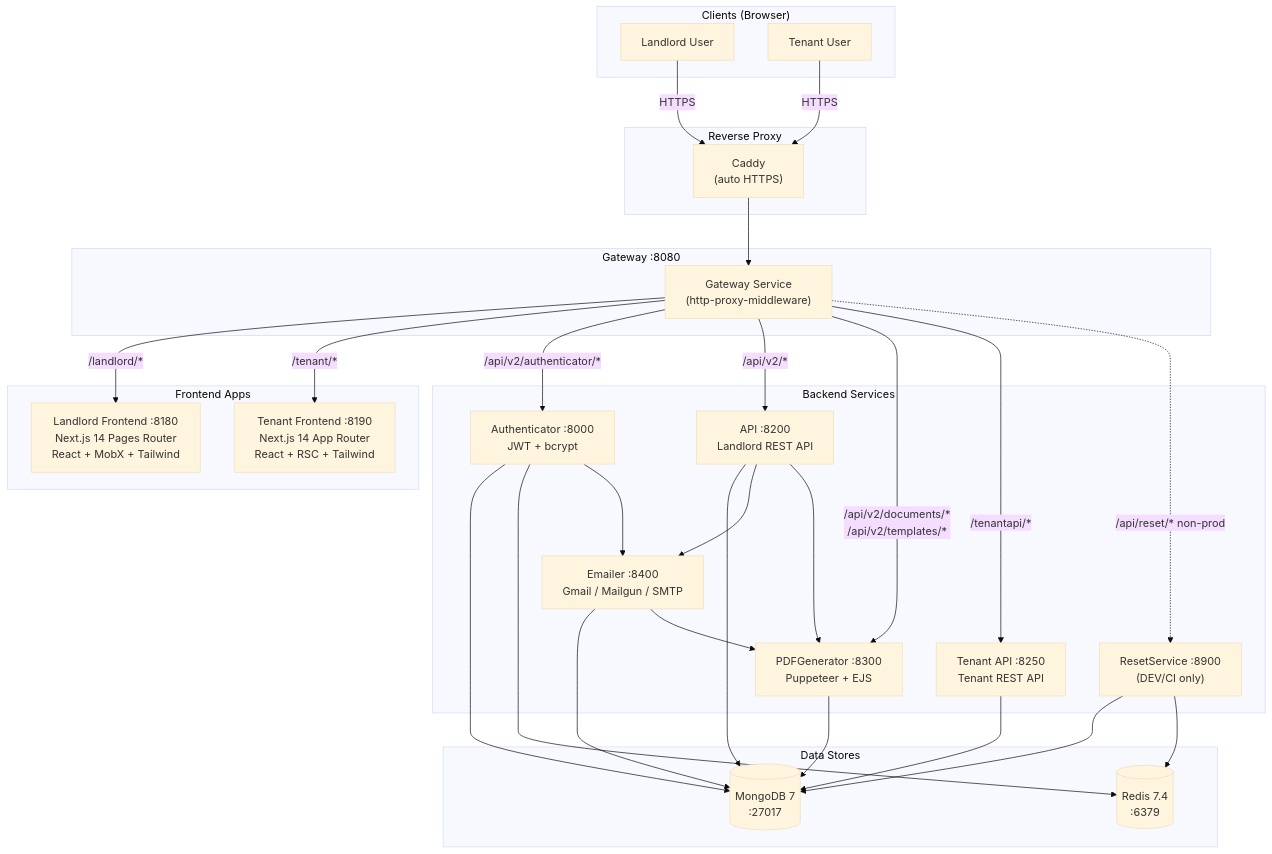
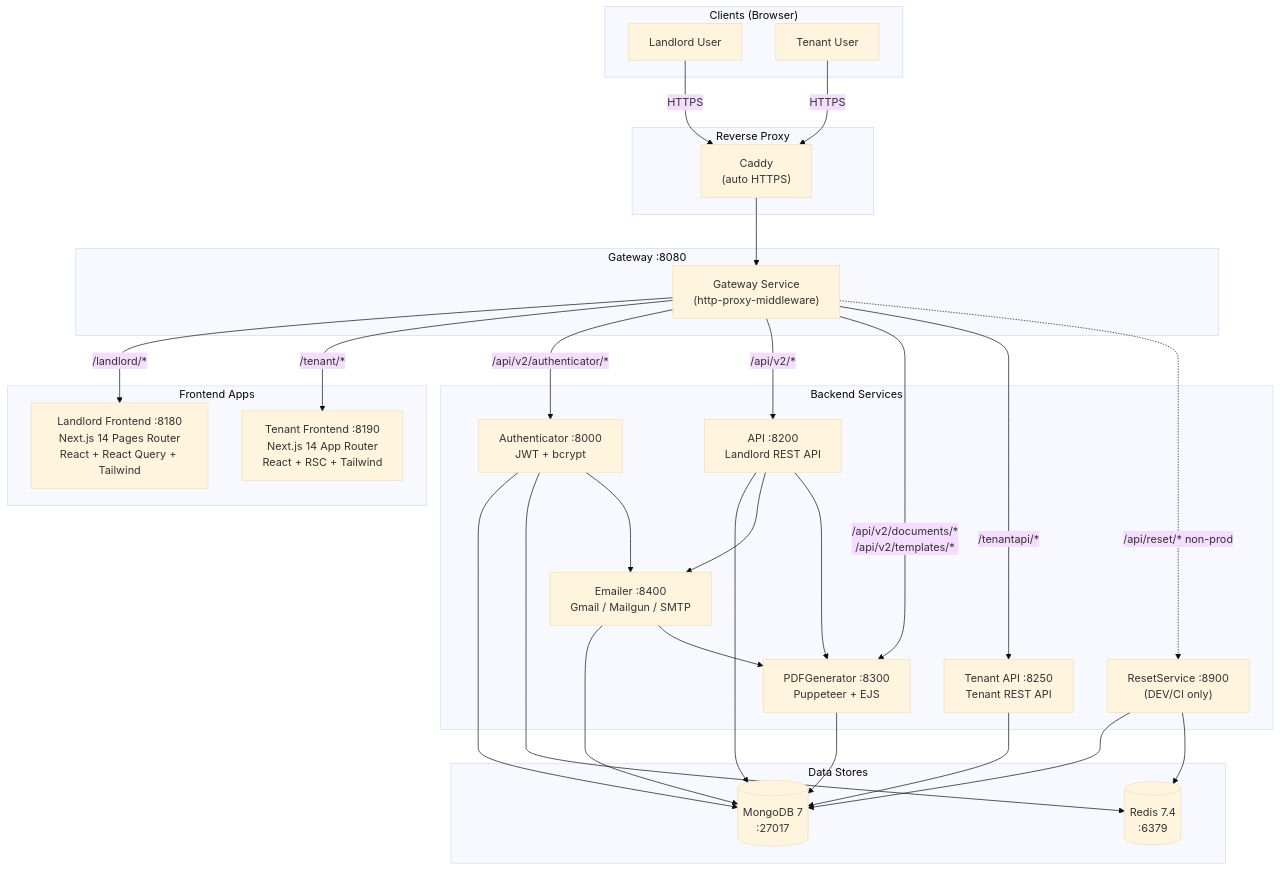
The first of 6 diagrams in .kiro/steering/architecture-diagrams.md (directorscut82/microrealestate), drawn with Mermaid (base theme) before and after one commit. The commit also changed 153 other files, not shown here.

````diff
--- a/.kiro/steering/architecture-diagrams.md
+++ b/.kiro/steering/architecture-diagrams.md
@@ -9,59 +9,59 @@
 ```mermaid
 graph TB
     subgraph Clients["Clients (Browser)"]
         Landlord["Landlord User"]
         TenantUser["Tenant User"]
     end
 
     subgraph ReverseProxy["Reverse Proxy"]
         Caddy["Caddy<br/>(auto HTTPS)"]
     end
 
     subgraph Gateway["Gateway :8080"]
         GW["Gateway Service<br/>(http-proxy-middleware)"]
     end
 
     subgraph Frontends["Frontend Apps"]
-        LF["Landlord Frontend :8180<br/>Next.js 14 Pages Router<br/>React + MobX + Tailwind"]
+        LF["Landlord Frontend :8180<br/>Next.js 14 Pages Router<br/>React + React Query + Tailwind"]
         TF["Tenant Frontend :8190<br/>Next.js 14 App Router<br/>React + RSC + Tailwind"]
     end
 
     subgraph BackendServices["Backend Services"]
         AUTH["Authenticator :8000<br/>JWT + bcrypt"]
         API["API :8200<br/>Landlord REST API"]
         TAPI["Tenant API :8250<br/>Tenant REST API"]
         EMAIL["Emailer :8400<br/>Gmail / Mailgun / SMTP"]
         PDF["PDFGenerator :8300<br/>Puppeteer + EJS"]
         RESET["ResetService :8900<br/>(DEV/CI only)"]
     end
 
     subgraph DataStores["Data Stores"]
         MONGO[("MongoDB 7<br/>:27017")]
         REDIS[("Redis 7.4<br/>:6379")]
     end
 
     Landlord -->|HTTPS| Caddy
     TenantUser -->|HTTPS| Caddy
     Caddy --> GW
 
     GW -->|/landlord/*| LF
     GW -->|/tenant/*| TF
     GW -->|/api/v2/authenticator/*| AUTH
     GW -->|/api/v2/*| API
     GW -->|/api/v2/documents/*<br/>/api/v2/templates/*| PDF
     GW -->|/tenantapi/*| TAPI
     GW -.->|/api/reset/* non-prod| RESET
 
     AUTH --> MONGO
     AUTH --> REDIS
     AUTH --> EMAIL
     API --> MONGO
     API --> EMAIL
     API --> PDF
     TAPI --> MONGO
     EMAIL --> MONGO
     EMAIL --> PDF
     PDF --> MONGO
     RESET --> MONGO
     RESET --> REDIS
 ```
````
